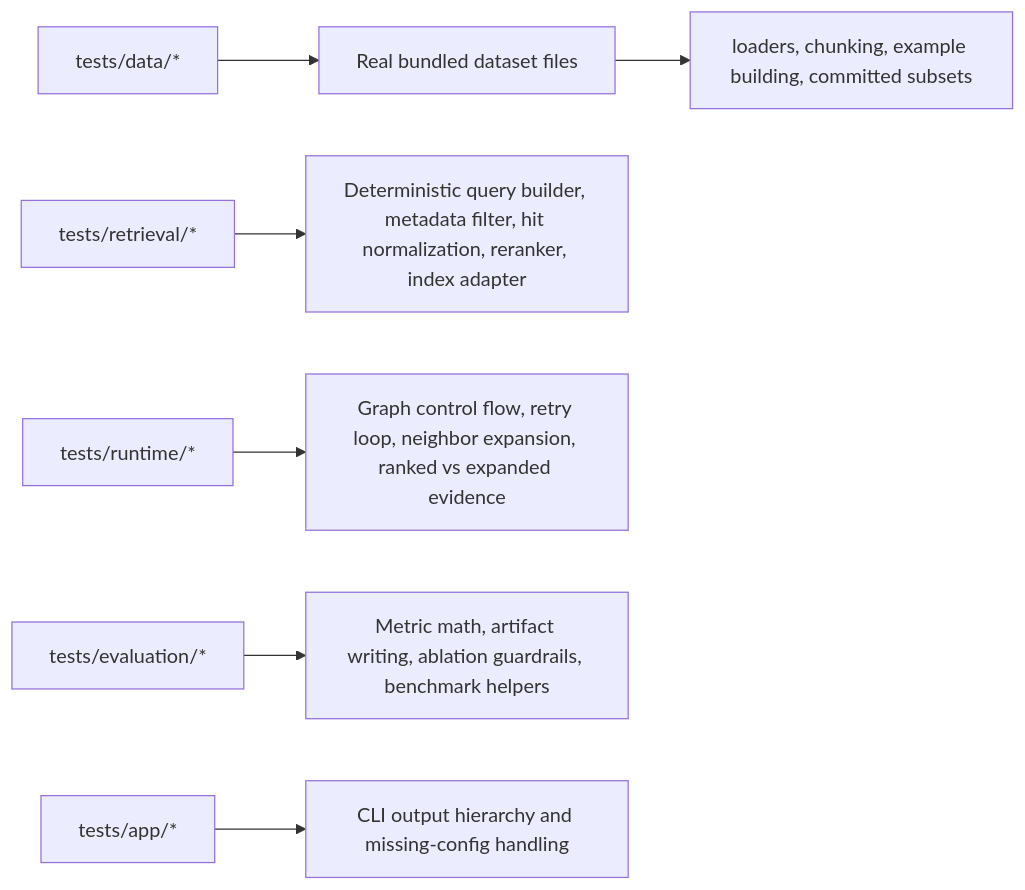
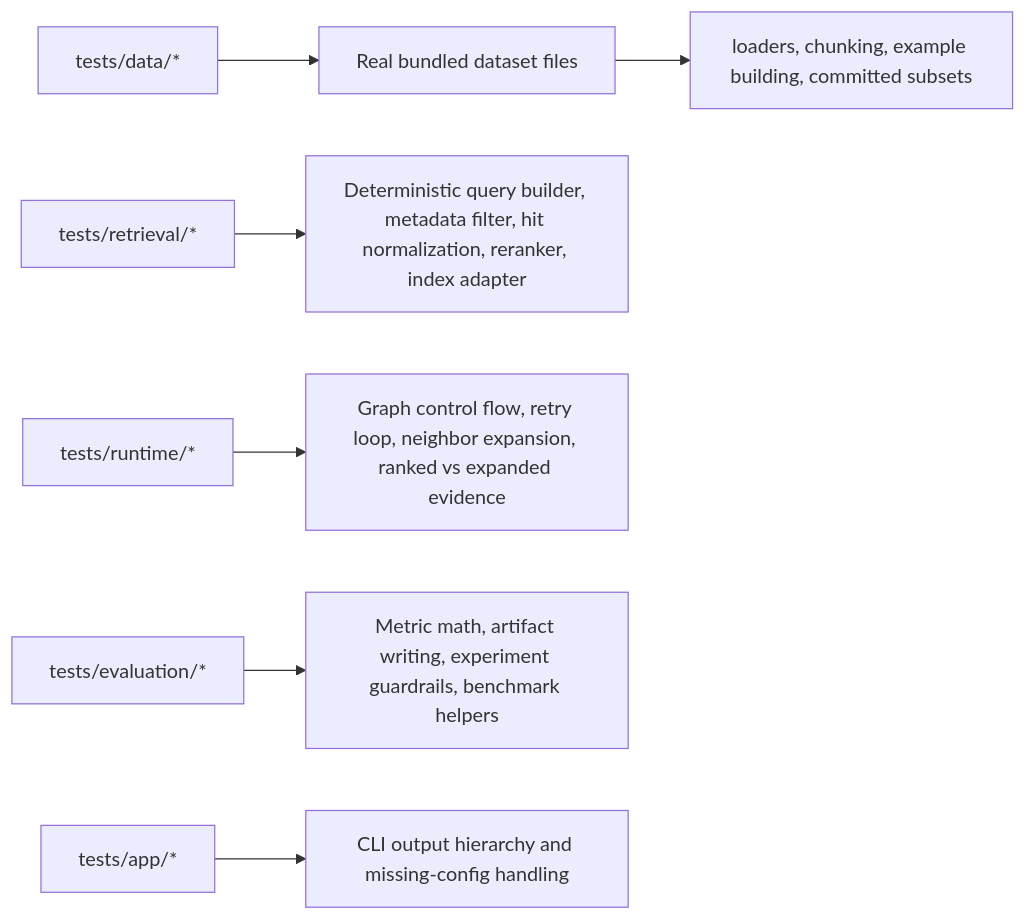
Before and after one commit to YgLK/grounded-support-rag: the ninth of 9 diagrams in README.md, drawn with Mermaid. The commit also changed other lines of this file and 1 other file, not shown here.

Commit message:
docs: update README to reflect experiment terminology and archive historical planning docs

````diff
--- a/README.md
+++ b/README.md
@@ -432,9 +434,9 @@
 ```mermaid
 flowchart LR
     A["tests/data/*"] --> B["Real bundled dataset files"]
     B --> C["loaders, chunking, example building, committed subsets"]
     D["tests/retrieval/*"] --> E["Deterministic query builder, metadata filter, hit normalization, reranker, index adapter"]
     F["tests/runtime/*"] --> G["Graph control flow, retry loop, neighbor expansion, ranked vs expanded evidence"]
-    H["tests/evaluation/*"] --> I["Metric math, artifact writing, ablation guardrails, benchmark helpers"]
+    H["tests/evaluation/*"] --> I["Metric math, artifact writing, experiment guardrails, benchmark helpers"]
     J["tests/app/*"] --> K["CLI output hierarchy and missing-config handling"]
 ```
````
